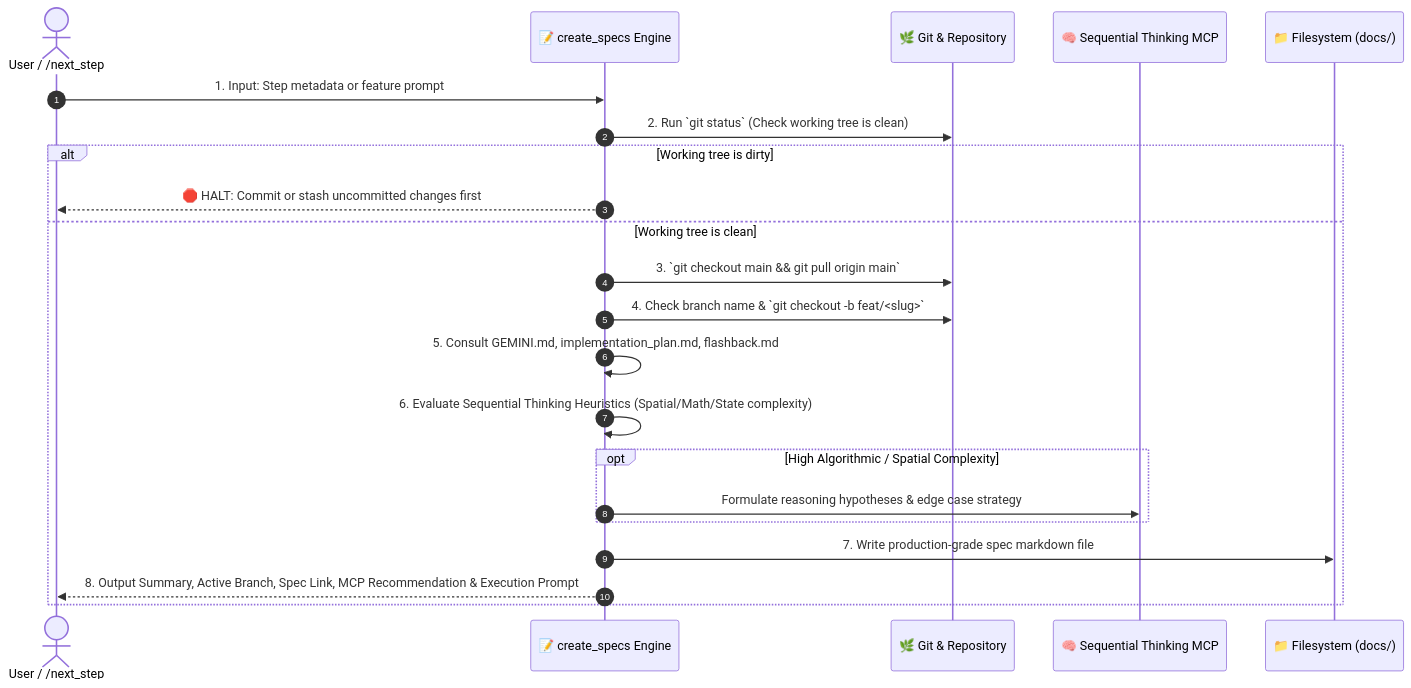
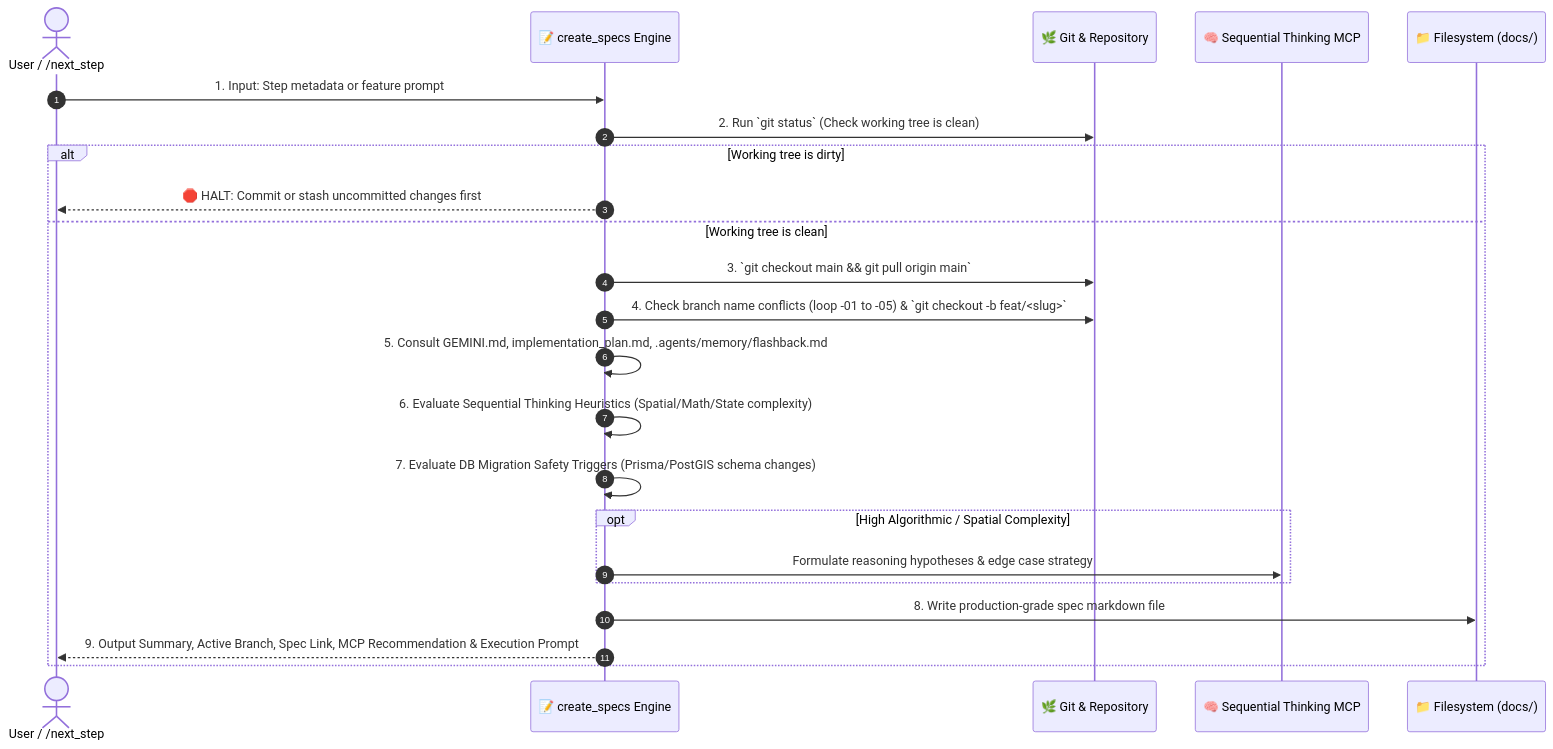
Before and after one commit to agrawalshivam279/safe-yatra: the diagram in .agents/skills/create_specs/SKILL.md, drawn with Mermaid. The commit also changed other lines of this file and 33 other files, not shown here.

````diff
--- a/.agents/skills/create_specs/SKILL.md
+++ b/.agents/skills/create_specs/SKILL.md
@@ -19,25 +20,26 @@
 ```mermaid
 sequenceDiagram
     autonumber
     actor User/NextStep as User / /next_step
     participant CS as 📝 create_specs Engine
     participant Git as 🌿 Git & Repository
     participant ST as 🧠 Sequential Thinking MCP
     participant FS as 📁 Filesystem (docs/)
 
     User/NextStep->>CS: 1. Input: Step metadata or feature prompt
     CS->>Git: 2. Run `git status` (Check working tree is clean)
     alt Working tree is dirty
         CS-->>User/NextStep: 🛑 HALT: Commit or stash uncommitted changes first
     else Working tree is clean
         CS->>Git: 3. `git checkout main && git pull origin main`
-        CS->>Git: 4. Check branch name & `git checkout -b feat/<slug>`
-        CS->>CS: 5. Consult GEMINI.md, implementation_plan.md, flashback.md
+        CS->>Git: 4. Check branch name conflicts (loop -01 to -05) & `git checkout -b feat/<slug>`
+        CS->>CS: 5. Consult GEMINI.md, implementation_plan.md, .agents/memory/flashback.md
         CS->>CS: 6. Evaluate Sequential Thinking Heuristics (Spatial/Math/State complexity)
+        CS->>CS: 7. Evaluate DB Migration Safety Triggers (Prisma/PostGIS schema changes)
         opt High Algorithmic / Spatial Complexity
             CS->>ST: Formulate reasoning hypotheses & edge case strategy
         end
-        CS->>FS: 7. Write production-grade spec markdown file
-        CS-->>User/NextStep: 8. Output Summary, Active Branch, Spec Link, MCP Recommendation & Execution Prompt
+        CS->>FS: 8. Write production-grade spec markdown file
+        CS-->>User/NextStep: 9. Output Summary, Active Branch, Spec Link, MCP Recommendation & Execution Prompt
     end
 ```
````
